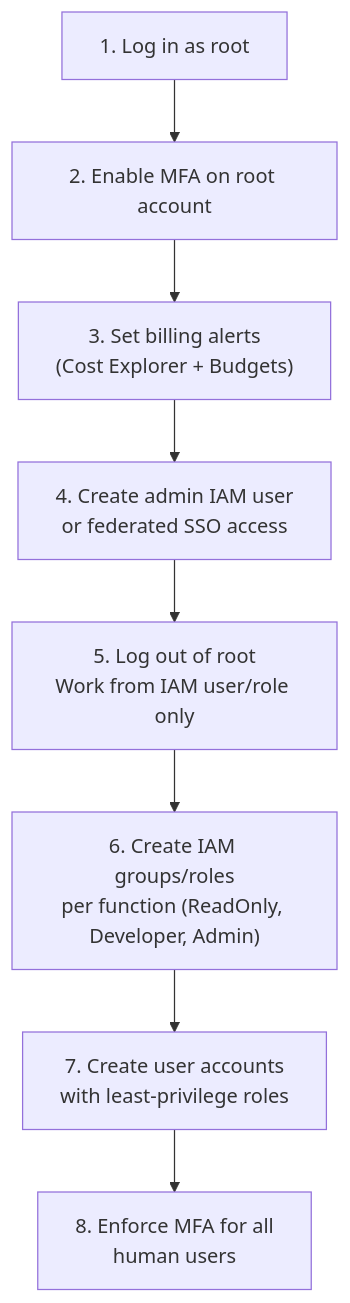
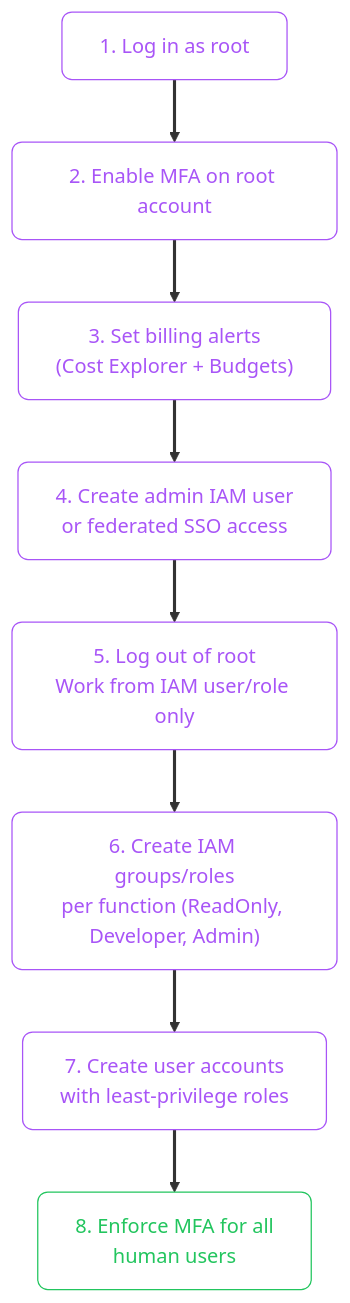
One commit to zafarale/cloudification changed the fifth of 5 diagrams in src/content/cloud/aws/01-intro.mdx. Above: the diagram before and after it, drawn with Mermaid. The commit also changed other lines of this file and 84 other files, not shown here.

````diff
--- a/src/content/cloud/aws/01-intro.mdx
+++ b/src/content/cloud/aws/01-intro.mdx
@@ -169,13 +195,19 @@
 ```mermaid
 flowchart TD
-    ROOT["1. Log in as root"]
-    MFA["2. Enable MFA on root account"]
-    BILLING["3. Set billing alerts\n(Cost Explorer + Budgets)"]
-    ADMIN["4. Create admin IAM user\nor federated SSO access"]
-    SWITCH["5. Log out of root\nWork from IAM user/role only"]
-    GROUPS["6. Create IAM groups/roles\nper function (ReadOnly, Developer, Admin)"]
-    USERS["7. Create user accounts\nwith least-privilege roles"]
-    MFA2["8. Enforce MFA for all\nhuman users"]
+    accTitle: IAM Bootstrap: Your First Actions on a New Account
+    accDescr: Flowchart (td) showing 1. Log in as root, 2. Enable MFA on root account, Cost Explorer Budgets
+    classDef step fill:none,stroke:#a855f7,color:#a855f7,rx:8,ry:8
+    classDef ok   fill:none,stroke:#22c55e,color:#22c55e,rx:8,ry:8
+    linkStyle default stroke-width:2.5px
+
+    ROOT["1. Log in as root"]:::step
+    MFA["2. Enable MFA on root account"]:::step
+    BILLING["3. Set billing alerts<br/>(Cost Explorer + Budgets)"]:::step
+    ADMIN["4. Create admin IAM user<br/>or federated SSO access"]:::step
+    SWITCH["5. Log out of root<br/>Work from IAM user/role only"]:::step
+    GROUPS["6. Create IAM groups/roles<br/>per function (ReadOnly, Developer, Admin)"]:::step
+    USERS["7. Create user accounts<br/>with least-privilege roles"]:::step
+    MFA2["8. Enforce MFA for all<br/>human users"]:::ok
 
     ROOT --> MFA --> BILLING --> ADMIN --> SWITCH --> GROUPS --> USERS --> MFA2
 ```
````
